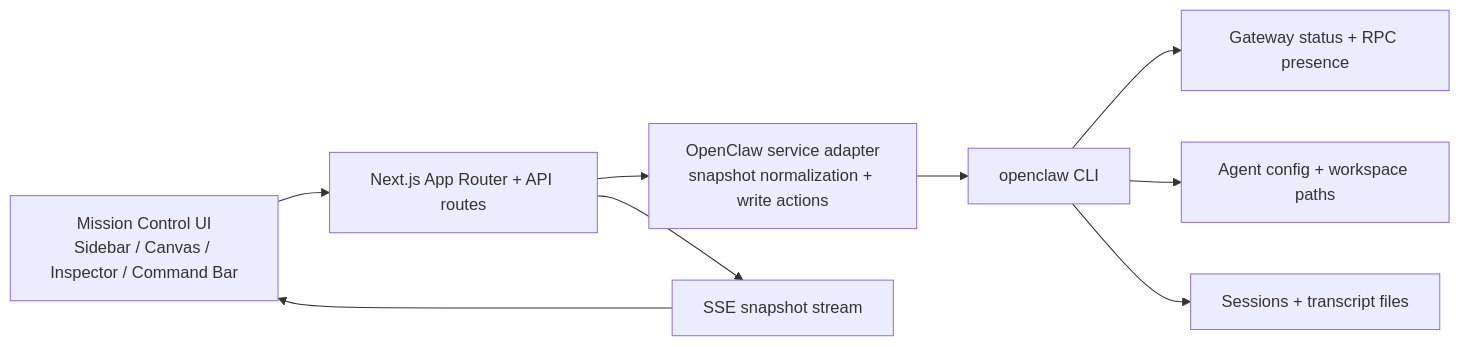
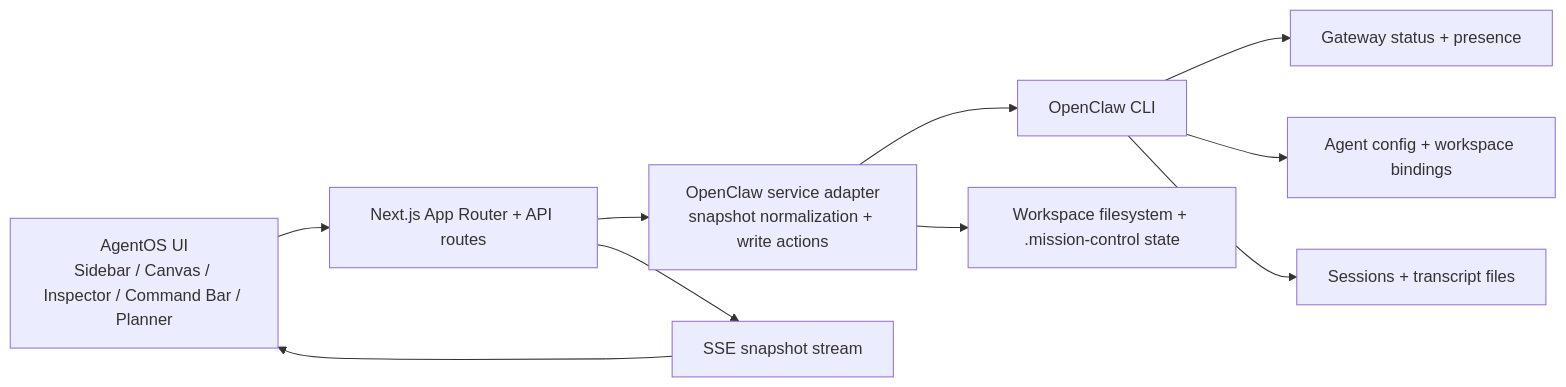
Before and after one commit to SapienXai/AgentOS-Core: the second of 2 diagrams in README.md, drawn with Mermaid. The commit also changed other lines of this file and 2 other files, not shown here.

Commit message:
Draft comprehensive AgentOS README

````diff
--- a/README.md
+++ b/README.md
@@ -109,11 +77,12 @@
 ```mermaid
 flowchart LR
-    UI["Mission Control UI<br/>Sidebar / Canvas / Inspector / Command Bar"] --> API["Next.js App Router + API routes"]
+    UI["AgentOS UI<br/>Sidebar / Canvas / Inspector / Command Bar / Planner"] --> API["Next.js App Router + API routes"]
     API --> SERVICE["OpenClaw service adapter<br/>snapshot normalization + write actions"]
-    SERVICE --> CLI["openclaw CLI"]
-    CLI --> GATEWAY["Gateway status + RPC presence"]
-    CLI --> CONFIG["Agent config + workspace paths"]
+    SERVICE --> CLI["OpenClaw CLI"]
+    CLI --> GATEWAY["Gateway status + presence"]
+    CLI --> CONFIG["Agent config + workspace bindings"]
     CLI --> SESSIONS["Sessions + transcript files"]
+    SERVICE --> FS["Workspace filesystem + .mission-control state"]
     API --> STREAM["SSE snapshot stream"]
     STREAM --> UI
 ```
````
